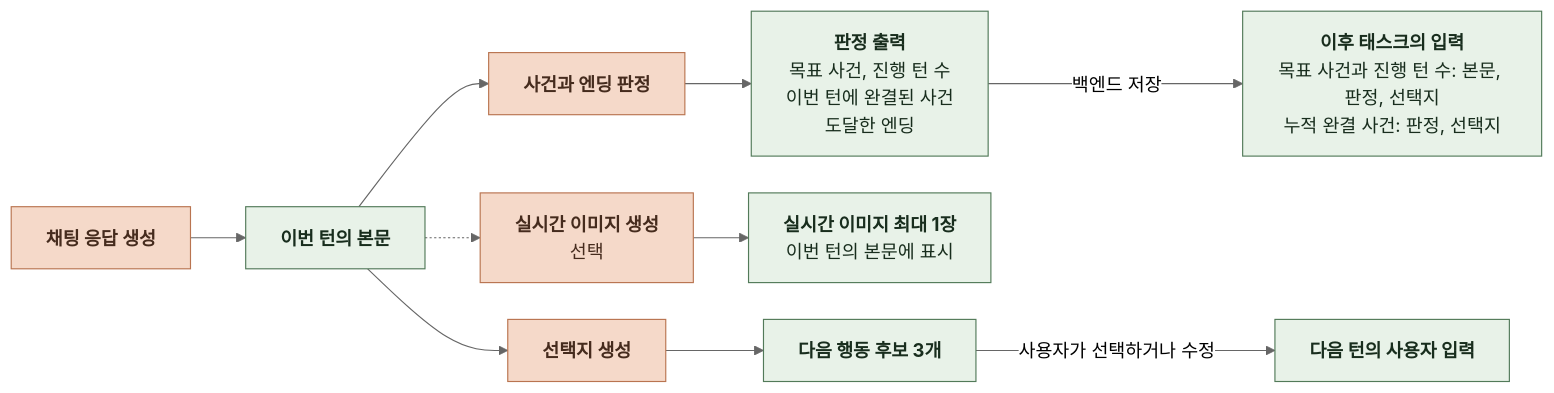
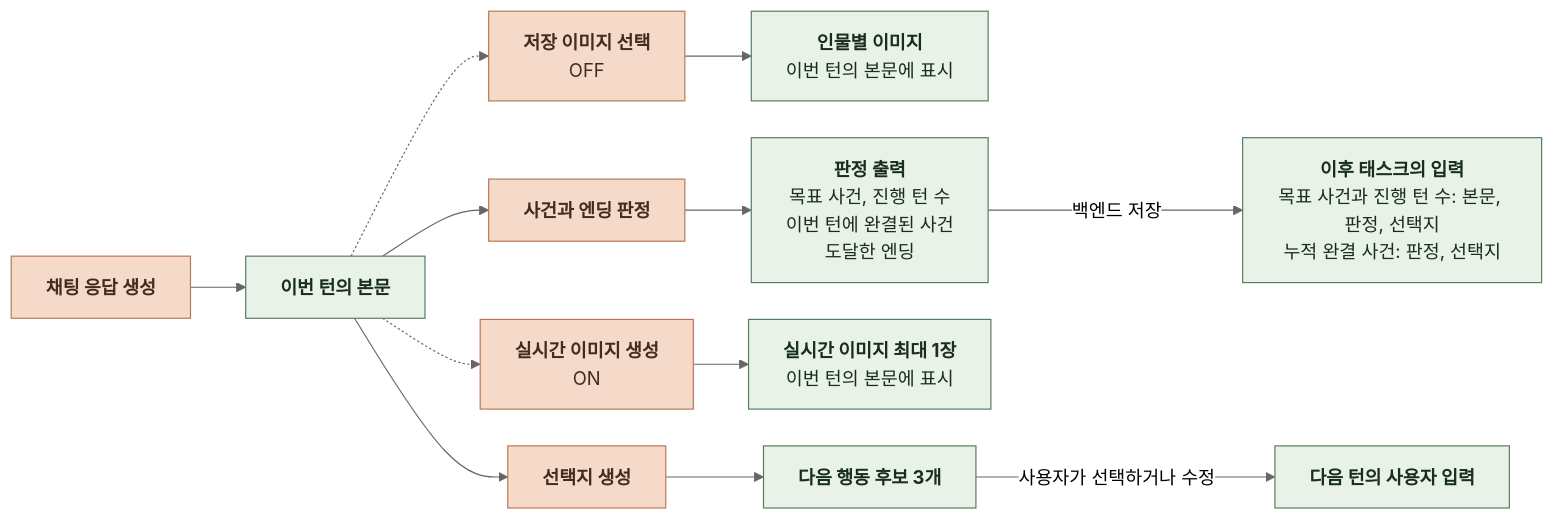
Before and after one commit to KIM-N-KANG/knk-harness: the first of 6 diagrams in docs/AI/CHAT/3-TASK-DEFINITION.md, drawn with Mermaid (neutral theme). The commit also changed other lines of this file and 13 other files, not shown here.

````diff
--- a/docs/AI/CHAT/3-TASK-DEFINITION.md
+++ b/docs/AI/CHAT/3-TASK-DEFINITION.md
@@ -11,19 +11,21 @@
 ```mermaid
 %%{init: {"flowchart": {"curve": "basis", "htmlLabels": true, "nodeSpacing": 32, "rankSpacing": 48}}}%%
 flowchart LR
     A["<b>채팅 응답 생성</b>"] --> B["<b>이번 턴의 본문</b>"]
     B --> C["<b>사건과 엔딩 판정</b>"]
-    B -.-> E["<b>실시간 이미지 생성</b><br/>선택"]
+    B -.-> E["<b>실시간 이미지 생성</b><br/>ON"]
+    B -.-> K["<b>저장 이미지 선택</b><br/>OFF"]
+    K --> L["<b>인물별 이미지</b><br/>이번 턴의 본문에 표시"]
     B --> G["<b>선택지 생성</b>"]
 
     C --> D["<b>판정 출력</b><br/>목표 사건, 진행 턴 수<br/>이번 턴에 완결된 사건<br/>도달한 엔딩"]
     D -->|백엔드 저장| J["<b>이후 태스크의 입력</b><br/>목표 사건과 진행 턴 수: 본문, 판정, 선택지<br/>누적 완결 사건: 판정, 선택지"]
     E --> F["<b>실시간 이미지 최대 1장</b><br/>이번 턴의 본문에 표시"]
     G --> H["<b>다음 행동 후보 3개</b>"]
     H -->|사용자가 선택하거나 수정| I["<b>다음 턴의 사용자 입력</b>"]
 
     classDef data fill:#E8F2E8,stroke:#527A59,color:#182D1D
     classDef task fill:#F5D9C9,stroke:#B97450,color:#452B1D
-    class B,D,F,H,I,J data
-    class A,C,E,G task
+    class B,D,F,H,I,J,L data
+    class A,C,E,G,K task
 ```
````
